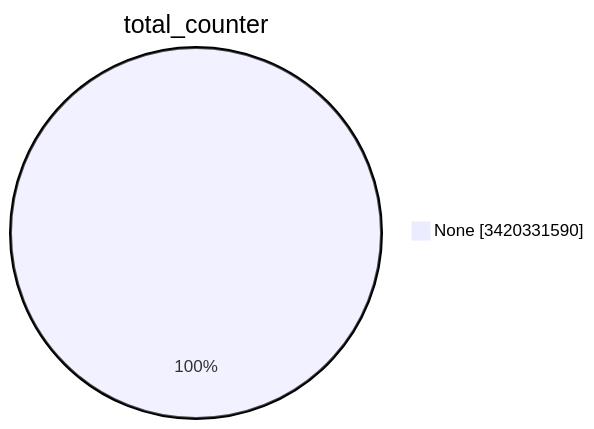
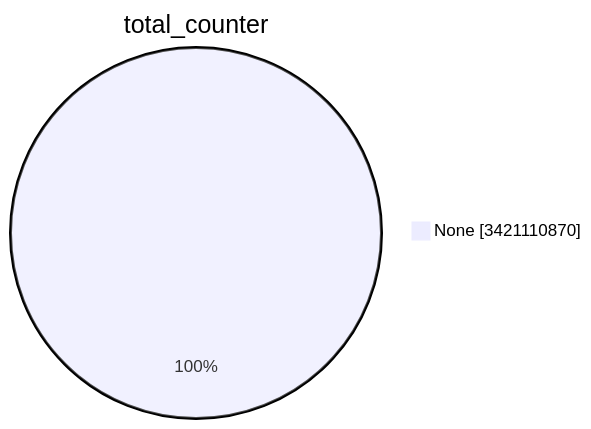
One commit to christiankrug/ctmonitor_visualization changed the first of 15 diagrams in TOTAL/README.md. Above: the diagram before and after it, drawn with Mermaid. The commit also changed other lines of this file, not shown here.

````diff
--- a/TOTAL/README.md
+++ b/TOTAL/README.md
@@ -1,5 +1,5 @@
 ```mermaid
 pie showData
 title total_counter
-"None" :3420331590
+"None" :3421110870
 ```
````
